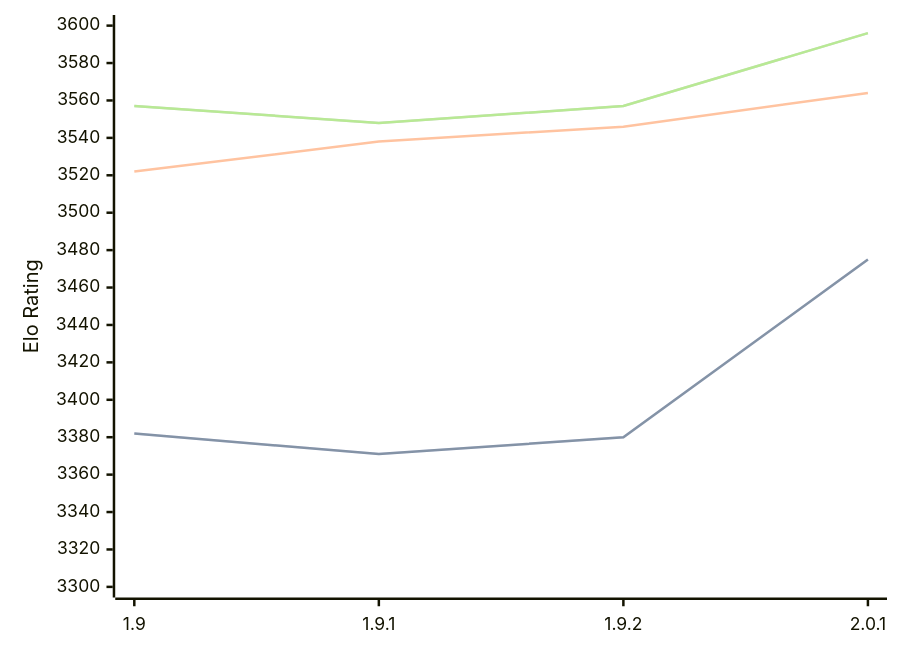
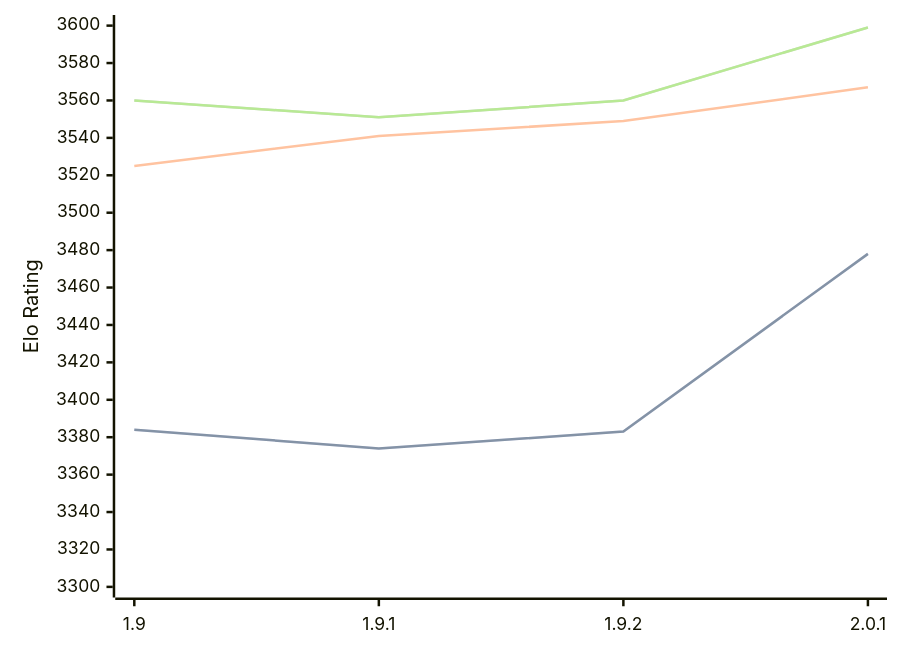
The diagram in engines/Pawnocchio.md (computer-chess-index/cci), drawn with Mermaid before and after one commit. The commit also changed other lines of this file, not shown here.

Commit message:
Update CCI Ratings (ELO VLTC) - 2026-09-24

````diff
--- a/engines/Pawnocchio.md
+++ b/engines/Pawnocchio.md
@@ -36,11 +36,11 @@
 ```mermaid
 %%{init: {"theme":"base","themeVariables":{"seriesColors:['#a3a3a3','#222221','#faa371']}}}%%
 xychart-beta
   x-axis ["1.9", "1.9.1", "1.9.2", "2.0.1"]
   y-axis "Elo Rating" 3300 --> 3600
-  line "" [3382, 3371, 3380, 3475]
-  line "STC (8.0+0.08s)" [3382, 3371, 3380, 3475]
-  line "LTC (60.0+0.60s)" [3522, 3538, 3546, 3564]
-  line "" [3557, 3548, 3557, 3596]
-  line "VLTC (2m24s+1.12s)" [3557, 3548, 3557, 3596]
+  line "" [3384, 3374, 3383, 3478]
+  line "STC (8.0+0.08s)" [3384, 3374, 3383, 3478]
+  line "LTC (60.0+0.60s)" [3525, 3541, 3549, 3567]
+  line "" [3560, 3551, 3560, 3599]
+  line "VLTC (2m24s+1.12s)" [3560, 3551, 3560, 3599]
 ```
````
